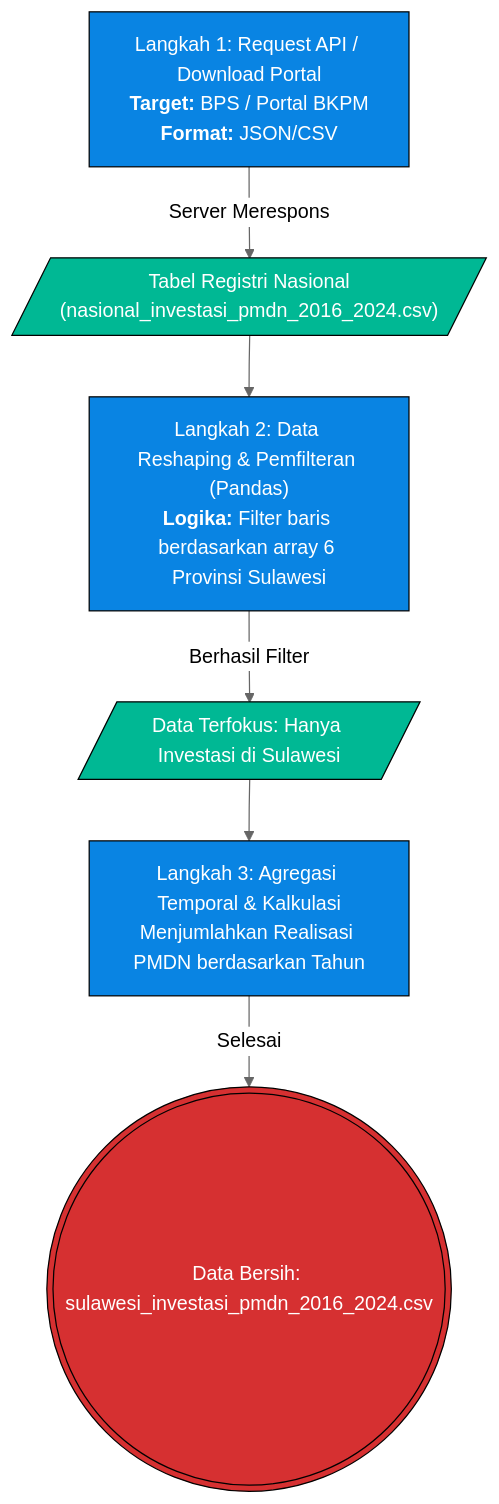
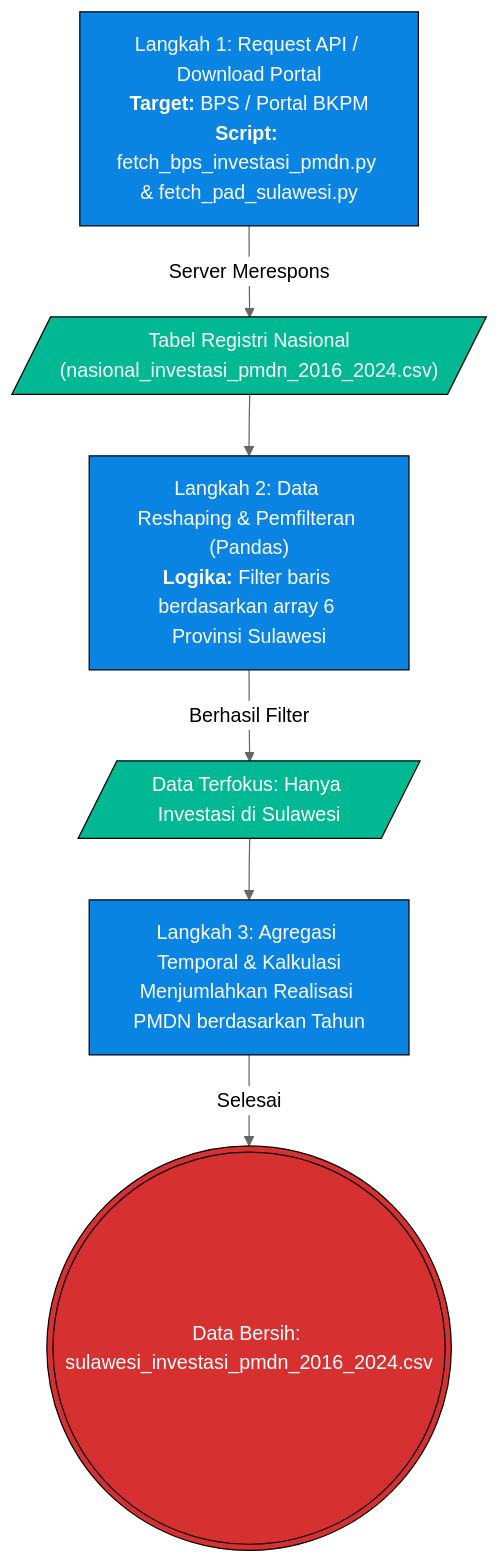
One commit to HenryAi-SIBERMU/ECC changed the diagram in tools/report_metodologi/bab_1/1.4_Metodologi_Endtoend_Investasi_PMDN.md. Above: the diagram before and after it, drawn with Mermaid (neutral theme). The commit also changed other lines of this file, not shown here.

Commit message:
Auto-commit: Menyertakan path main script file dan ETL ke dalam dokumen Pilar 2 Sub-bab 1.4

````diff
--- a/tools/report_metodologi/bab_1/1.4_Metodologi_Endtoend_Investasi_PMDN.md
+++ b/tools/report_metodologi/bab_1/1.4_Metodologi_Endtoend_Investasi_PMDN.md
@@ -17,21 +17,21 @@
 ```mermaid
 graph TD
     %% TAHAP 1
-    Step1["Langkah 1: Request API / Download Portal<br/><b>Target:</b> BPS / Portal BKPM<br/><b>Format:</b> JSON/CSV"] -->|Server Merespons| Res1[/"Tabel Registri Nasional<br/>(nasional_investasi_pmdn_2016_2024.csv)"/]
+    Step1["Langkah 1: Request API / Download Portal<br/><b>Target:</b> BPS / Portal BKPM<br/><b>Script:</b> fetch_bps_investasi_pmdn.py & fetch_pad_sulawesi.py"] -->|Server Merespons| Res1[/"Tabel Registri Nasional<br/>(nasional_investasi_pmdn_2016_2024.csv)"/]
     
     %% TAHAP 2
     Res1 --> Step2["Langkah 2: Data Reshaping & Pemfilteran (Pandas)<br/><b>Logika:</b> Filter baris berdasarkan array 6 Provinsi Sulawesi"]
     Step2 -->|Berhasil Filter| Res2[/"Data Terfokus: Hanya Investasi di Sulawesi"/]
     
     %% TAHAP 3
     Res2 --> Step3["Langkah 3: Agregasi Temporal & Kalkulasi<br/>Menjumlahkan Realisasi PMDN berdasarkan Tahun"]
     Step3 -->|Selesai| Res3((("Data Bersih: sulawesi_investasi_pmdn_2016_2024.csv")))
 
     classDef aksi fill:#0984e3,color:#fff,stroke:#000
     classDef hasil fill:#00b894,color:#fff,stroke:#000
     classDef final fill:#d63031,color:#fff,stroke:#000
     
     class Step1,Step2,Step3 aksi
     class Res1,Res2 hasil
     class Res3 final
 ```
````
